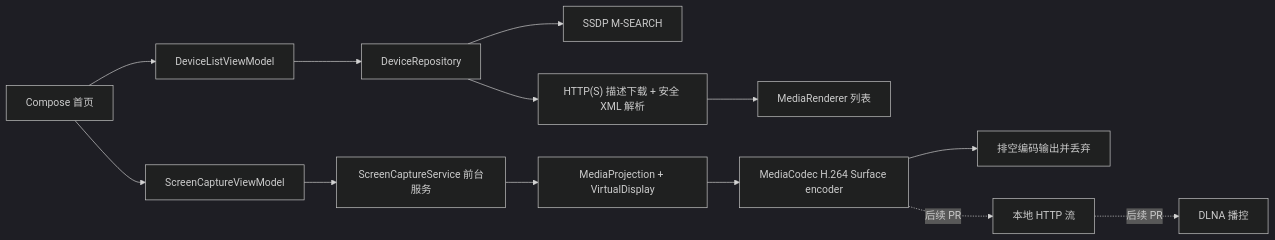
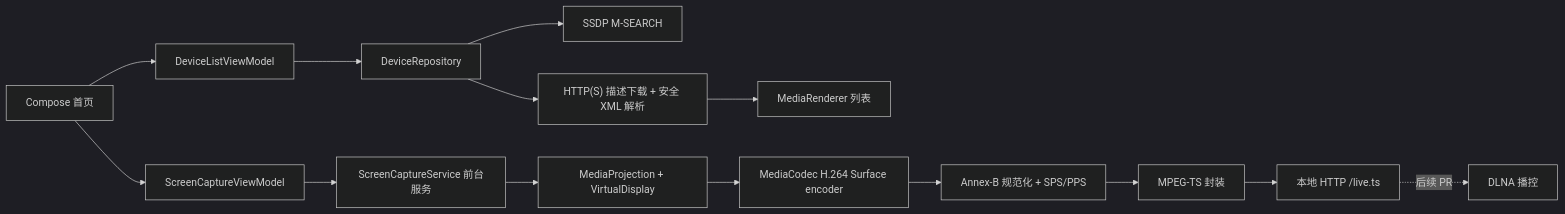
Before and after one commit to QieRong/DLNAScreenCastDemo: the diagram in README.md, drawn with Mermaid (dark theme). The commit also changed other lines of this file and 24 other files, not shown here.

Commit message:
feat(stream): add local MPEG-TS HTTP streaming

````diff
--- a/README.md
+++ b/README.md
@@ -21,15 +21,16 @@
 ```mermaid
 flowchart LR
     UI["Compose 首页"] --> DEVICE_VM["DeviceListViewModel"]
     DEVICE_VM --> REPOSITORY["DeviceRepository"]
     REPOSITORY --> SSDP["SSDP M-SEARCH"]
     REPOSITORY --> DESCRIPTION["HTTP(S) 描述下载 + 安全 XML 解析"]
     DESCRIPTION --> RENDERER["MediaRenderer 列表"]
     UI --> CAPTURE_VM["ScreenCaptureViewModel"]
     CAPTURE_VM --> SERVICE["ScreenCaptureService 前台服务"]
     SERVICE --> CAPTURE["MediaProjection + VirtualDisplay"]
     CAPTURE --> ENCODER["MediaCodec H.264 Surface encoder"]
-    ENCODER --> DRAIN["排空编码输出并丢弃"]
-    ENCODER -. 后续 PR .-> STREAM["本地 HTTP 流"]
+    ENCODER --> NORMALIZER["Annex-B 规范化 + SPS/PPS"]
+    NORMALIZER --> MUXER["MPEG-TS 封装"]
+    MUXER --> STREAM["本地 HTTP /live.ts"]
     STREAM -. 后续 PR .-> CONTROL["DLNA 播控"]
 ```
````
